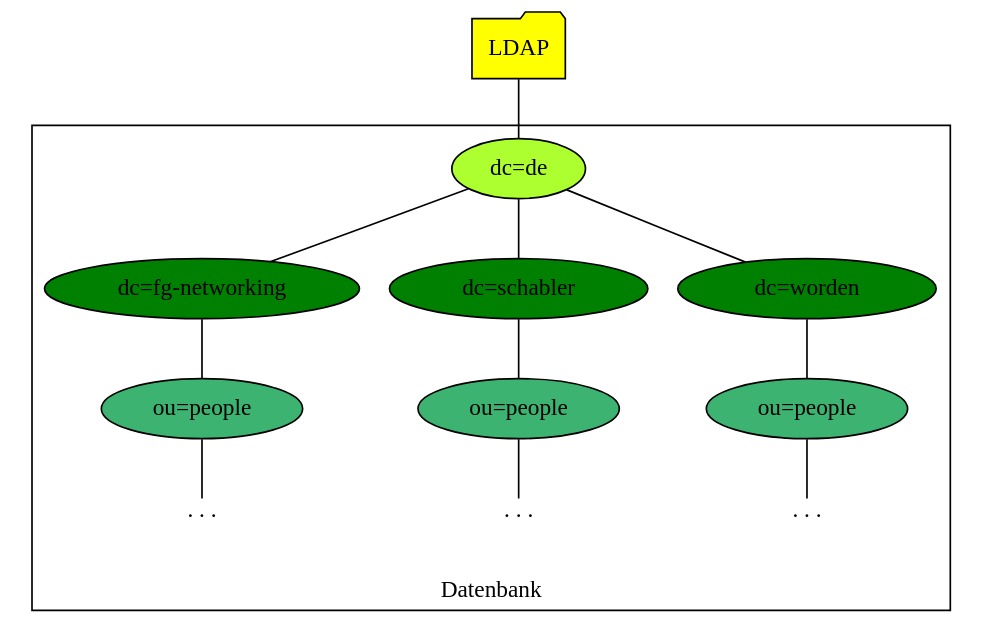
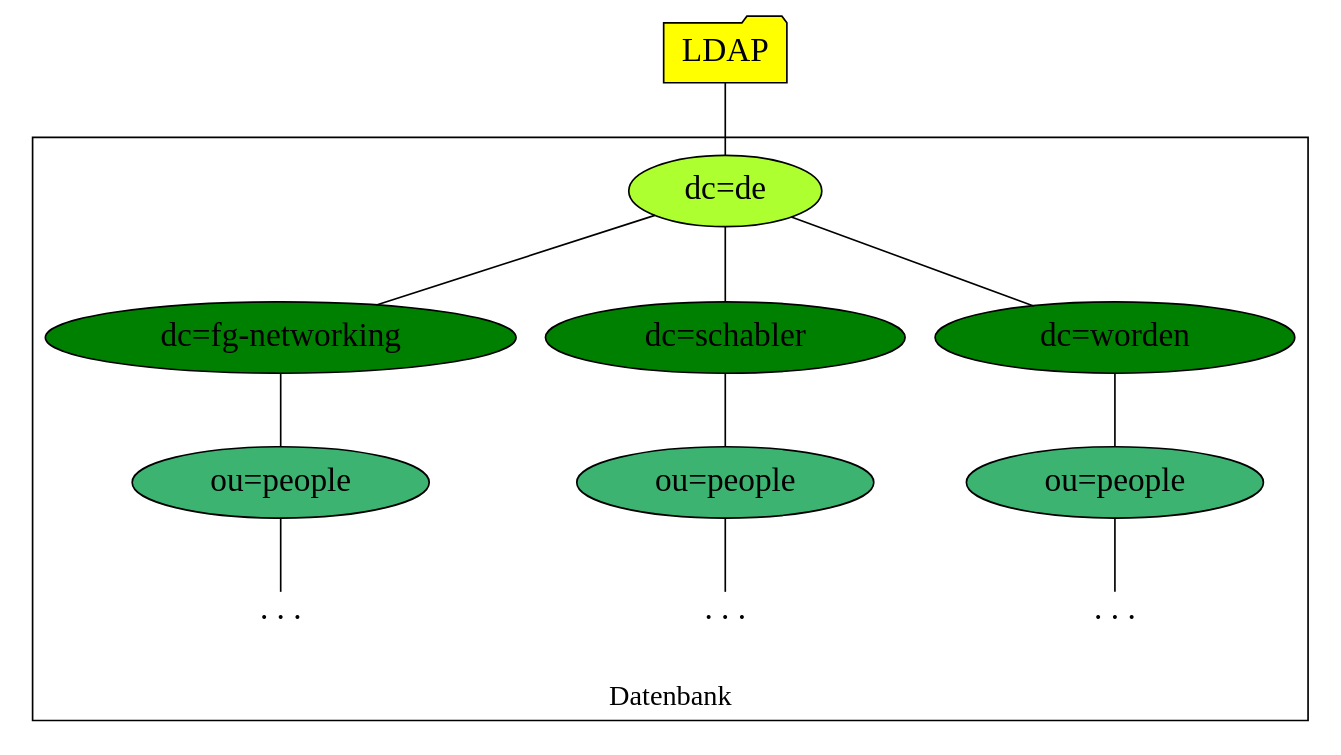
The diagram in Presentation LDAP-RADIUS/Bilder/LDAP-fgn.dot (Gabelvampir/ty-stuff), drawn with Graphviz before and after one commit. The commit also changed 2 other files, not shown here.

Commit message:
bigger font size for LDAP tree graphic

```diff
--- a/Presentation LDAP-RADIUS/Bilder/LDAP-fgn.dot
+++ b/Presentation LDAP-RADIUS/Bilder/LDAP-fgn.dot
@@ -1,23 +1,30 @@
 graph G {
-  root [label="LDAP", shape="folder", style="filled", fillcolor="yellow"];
+node [
+  style="filled",
+  fontsize=20
+];
+
+  root [label="LDAP", shape="folder", fillcolor="yellow"];
   subgraph cluster_db{
-    de [label="dc=de", style="filled", fillcolor="greenyellow"];
-    fgn [label="dc=fg-networking", style="filled", fillcolor="green", width=2.15];
-    people1 [label="ou=people", style="filled", fillcolor="mediumseagreen"];
-    fgnpe [label=". . .", labelloc="t", shape="plaintext"];
-    schabler [label="dc=schabler", style="filled", fillcolor="green", width=2.15];
-    people2 [label="ou=people", style="filled", fillcolor="mediumseagreen"];
-    schabpe [label=". . .", labelloc="t", shape="plaintext"];
-    worden [label="dc=worden", style="filled", fillcolor="green", width=2.15];
-    people3 [label="ou=people", style="filled", fillcolor="mediumseagreen"];
-    wordpe [label=". . .", labelloc="t", shape="plaintext"];
+    de [label="dc=de", fillcolor="greenyellow"];
+    fgn [label="dc=fg-networking", fillcolor="green", width=3];
+    people1 [label="ou=people", fillcolor="mediumseagreen"];
+    fgnpe [label=". . .", labelloc="t", style="", shape="plaintext"];
+    schabler [label="dc=schabler", fillcolor="green", width=3];
+    people2 [label="ou=people", fillcolor="mediumseagreen"];
+    schabpe [label=". . .", labelloc="t", style="", shape="plaintext"];
+    worden [label="dc=worden", fillcolor="green", width=3];
+    people3 [label="ou=people", fillcolor="mediumseagreen"];
+    wordpe [label=". . .", labelloc="t", style="", shape="plaintext"];
     label="Datenbank";
+    fontsize=17;
     labelloc=b
   }
   root -- de;
   de -- {fgn schabler worden};
   fgn -- people1 -- fgnpe;
   schabler -- people2 -- schabpe;
   worden -- people3 -- wordpe;
   margin=0;
+  ratio="0.55";
   }
```
